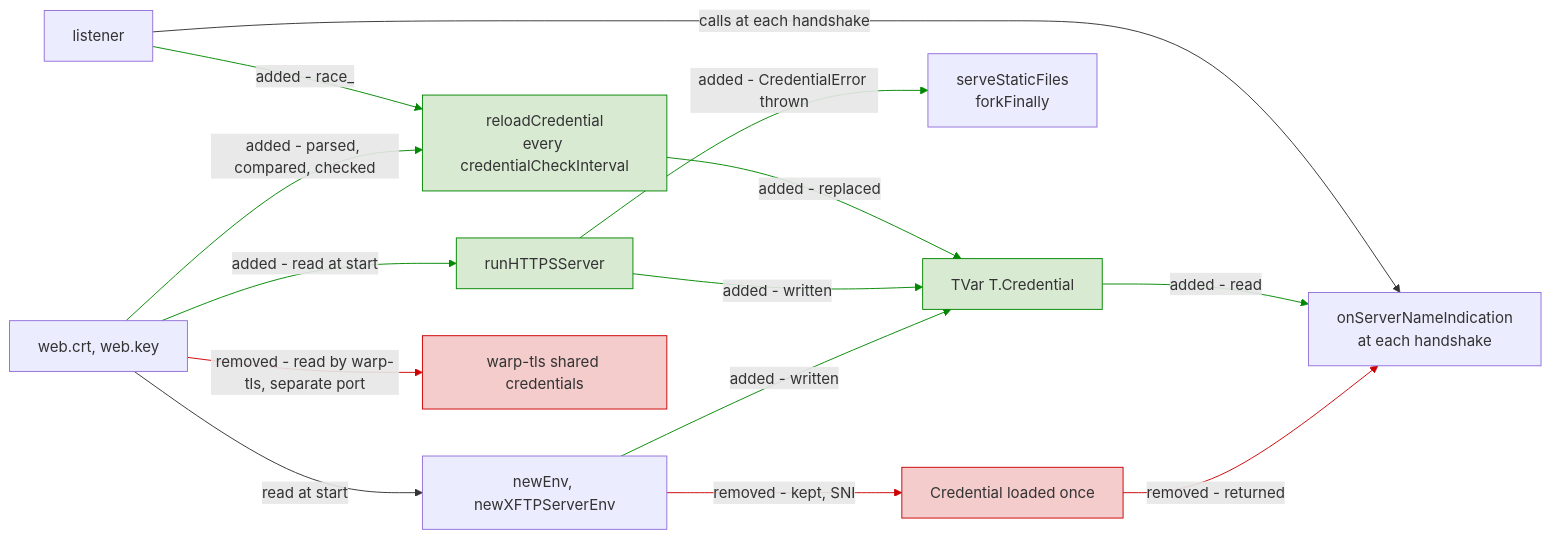
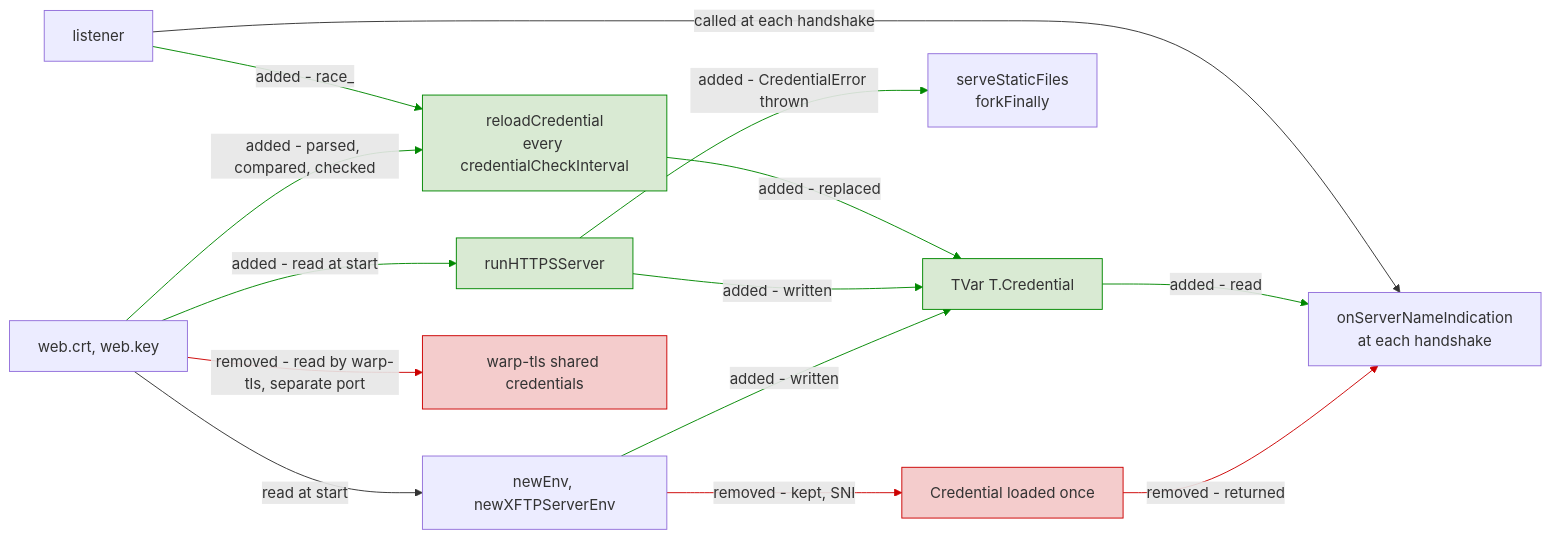
One commit to simplex-chat/simplexmq changed the second of 3 diagrams in plans/2026-11-17-reload-web-certificates.md. Above: the diagram before and after it, drawn with Mermaid. The commit also changed other lines of this file, not shown here.

````diff
--- a/plans/2026-11-17-reload-web-certificates.md
+++ b/plans/2026-11-17-reload-web-certificates.md
@@ -109,32 +110,32 @@
 ```mermaid
 flowchart LR
     F[web.crt, web.key]
     E[newEnv, newXFTPServerEnv]
     W[runHTTPSServer]
     V[TVar T.Credential]
     R[reloadCredential<br>every credentialCheckInterval]
     H[onServerNameIndication<br>at each handshake]
     L[listener]
     S[serveStaticFiles<br>forkFinally]
     C[Credential loaded once]
     T[warp-tls shared credentials]
     F -- "read at start" --> E
     F -- "added - read at start" --> W
     E -- "added - written" --> V
     W -- "added - written" --> V
     E -- "removed - kept, SNI" --> C
     C -- "removed - returned" --> H
     F -- "removed - read by warp-tls, separate port" --> T
     F -- "added - parsed, compared, checked" --> R
     R -- "added - replaced" --> V
     V -- "added - read" --> H
     L -- "added - race_" --> R
-    L -- "calls at each handshake" --> H
+    L -- "called at each handshake" --> H
     W -- "added - CredentialError thrown" --> S
     classDef removed fill:#f4cccc,stroke:#cc0000
     classDef added fill:#d9ead3,stroke:#008800
     class C,T removed
     class V,R,W added
     linkStyle 4,5,6 stroke:#cc0000
     linkStyle 1,2,3,7,8,9,10,12 stroke:#008800
 ```
````
